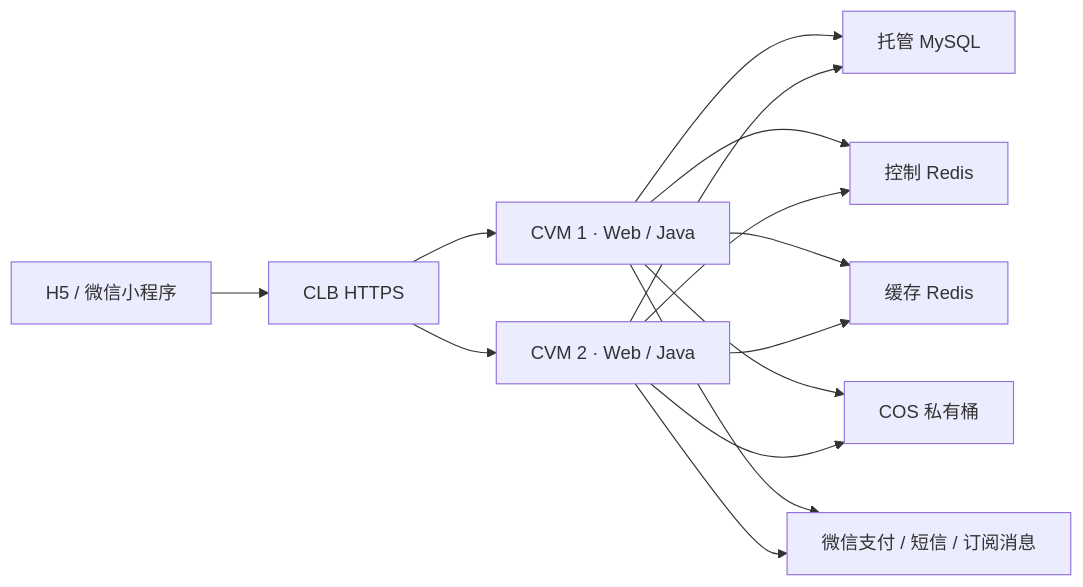
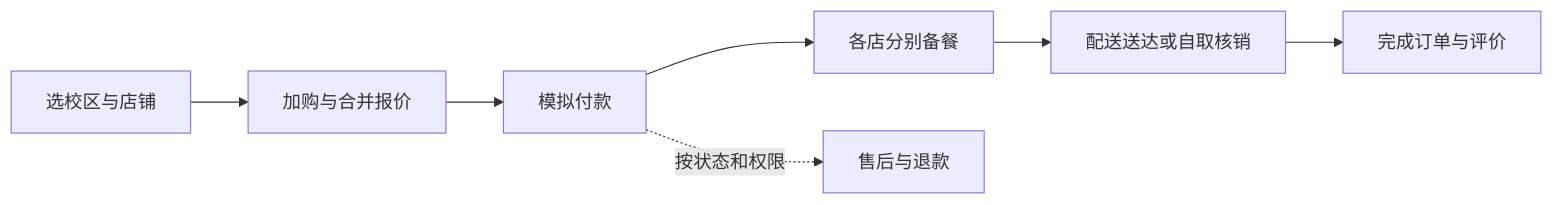
The first of 2 diagrams in README.md (W205614/CampusEats), drawn with Mermaid before and after one commit. The commit also changed other lines of this file and 5 other files, not shown here.

````diff
--- a/README.md
+++ b/README.md
@@ -35,11 +24,9 @@
 ```mermaid
 flowchart LR
-    Client[H5 / 微信小程序] --> CLB[CLB HTTPS]
-    CLB --> App1[CVM 1 · Web / Java]
-    CLB --> App2[CVM 2 · Web / Java]
-    App1 & App2 --> DB[托管 MySQL]
-    App1 & App2 --> Control[控制 Redis]
-    App1 & App2 --> Cache[缓存 Redis]
-    App1 & App2 --> COS[COS 私有桶]
-    App1 & App2 --> Channel[微信支付 / 短信 / 订阅消息]
+    A[选校区与店铺] --> B[加购与合并报价]
+    B --> C[模拟付款]
+    C --> D[各店分别备餐]
+    D --> E[配送送达或自取核销]
+    E --> F[完成订单与评价]
+    C -. 按状态和权限 .-> G[售后与退款]
 ```
````
